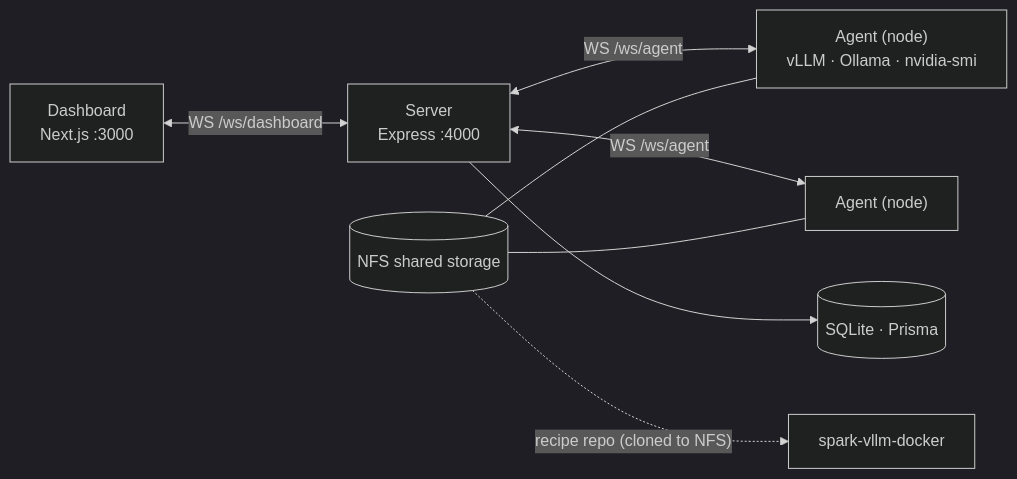
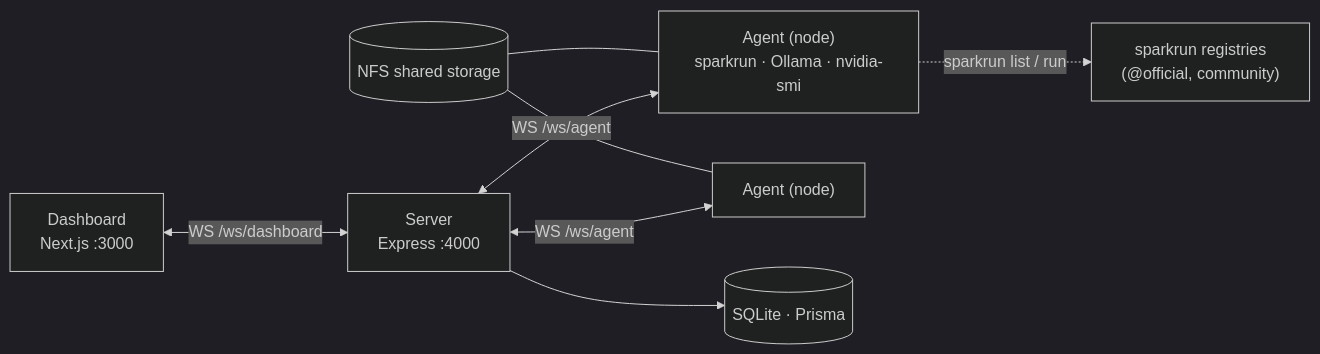
One commit to kreuzhofer/dgx-manager changed the first of 2 diagrams in README.md. Above: the diagram before and after it, drawn with Mermaid (dark theme). The commit also changed other lines of this file and 3 other files, not shown here.

First line of the commit message:
docs: refresh README/SELF-HOSTING/CLAUDE/ROADMAP for the sparkrun deploy backend

````diff
--- a/README.md
+++ b/README.md
@@ -27,10 +28,10 @@
 ```mermaid
 flowchart LR
     D["Dashboard<br/>Next.js :3000"] <-->|"WS /ws/dashboard"| S["Server<br/>Express :4000"]
-    S <-->|"WS /ws/agent"| A1["Agent (node)<br/>vLLM · Ollama · nvidia-smi"]
+    S <-->|"WS /ws/agent"| A1["Agent (node)<br/>sparkrun · Ollama · nvidia-smi"]
     S <-->|"WS /ws/agent"| A2["Agent (node)"]
     S --> DB[("SQLite · Prisma")]
     NFS[("NFS shared storage")] --- A1
     NFS --- A2
-    NFS -.->|"recipe repo (cloned to NFS)"| R["spark-vllm-docker"]
+    A1 -.->|"sparkrun list / run"| REG["sparkrun registries<br/>(@official, community)"]
 ```
````
